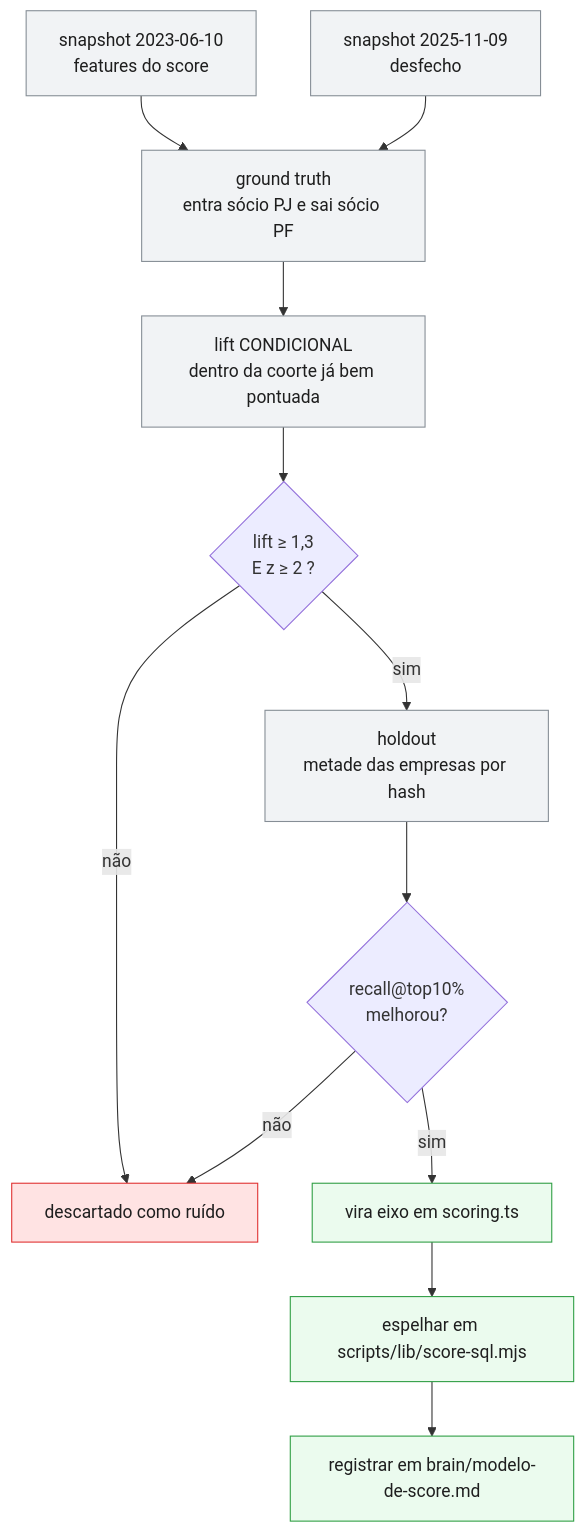
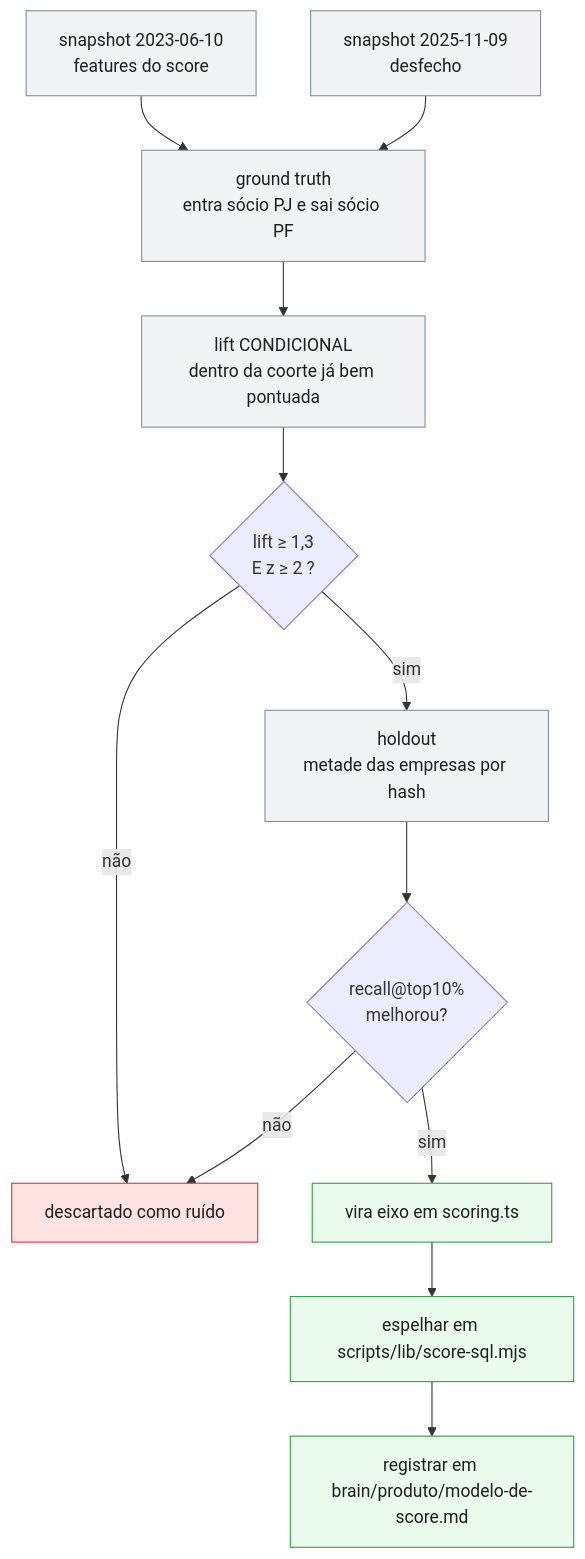
The sixth of 6 diagrams in README.md (guichicotripa/boreal), drawn with Mermaid before and after one commit. The commit also changed other lines of this file and 33 other files, not shown here.

````diff
--- a/README.md
+++ b/README.md
@@ -434,21 +434,21 @@
 ```mermaid
 flowchart TD
     S1["snapshot 2023-06-10<br/>features do score"] --> GT
     S2["snapshot 2025-11-09<br/>desfecho"] --> GT["ground truth<br/>entra sócio PJ e sai sócio PF"]
     GT --> LC["lift CONDICIONAL<br/>dentro da coorte já bem pontuada"]
     LC --> Z{"lift ≥ 1,3<br/>E z ≥ 2 ?"}
     Z -->|não| X["descartado como ruído"]
     Z -->|sim| HO["holdout<br/>metade das empresas por hash"]
     HO --> M{"recall@top10%<br/>melhorou?"}
     M -->|não| X
     M -->|sim| W["vira eixo em scoring.ts"]
     W --> SQL["espelhar em scripts/lib/score-sql.mjs"]
-    SQL --> DOC["registrar em brain/modelo-de-score.md"]
+    SQL --> DOC["registrar em brain/produto/modelo-de-score.md"]
 
     classDef ok fill:#ebfbee,stroke:#2f9e44,color:#1e1e1e
     classDef no fill:#ffe3e3,stroke:#e03131,color:#1e1e1e
     classDef n fill:#f1f3f5,stroke:#868e96,color:#1e1e1e
     class W,SQL,DOC ok
     class X no
     class S1,S2,GT,LC,HO n
 ```
````
